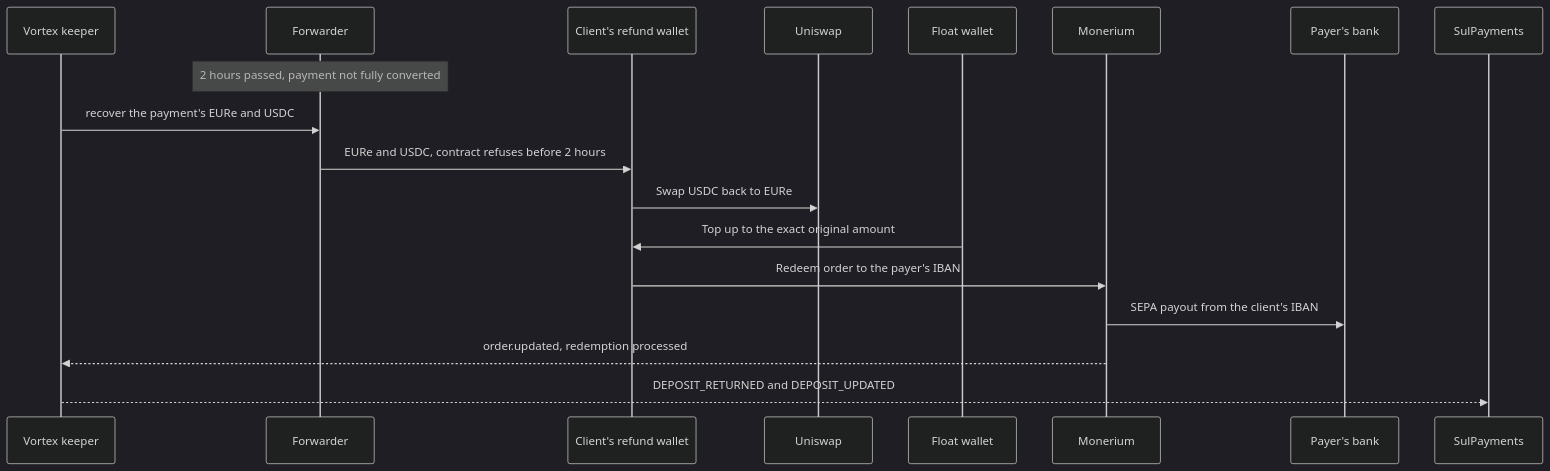
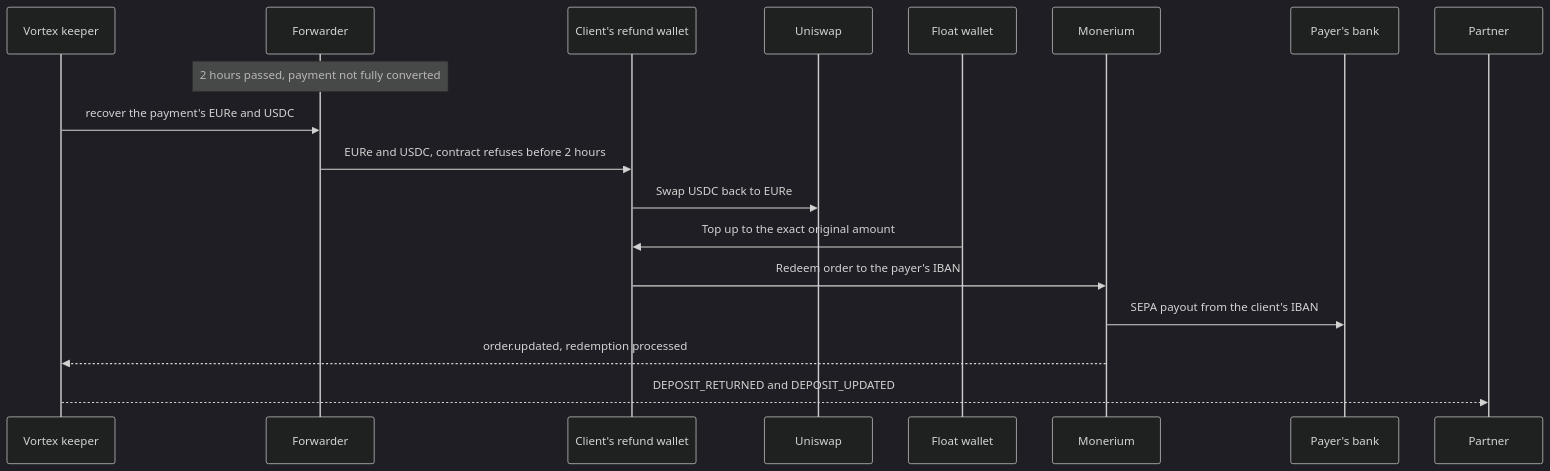
Before and after one commit to pendulum-chain/vortex: the fifth of 6 diagrams in docs/product-monerium-b2b-flow.md, drawn with Mermaid (dark theme). The commit also changed other lines of this file and 50 other files, not shown here.

````diff
--- a/docs/product-monerium-b2b-flow.md
+++ b/docs/product-monerium-b2b-flow.md
@@ -379,21 +384,21 @@
 ```mermaid
 sequenceDiagram
     participant V as Vortex keeper
     participant F as Forwarder
     participant R as Client's refund wallet
     participant U as Uniswap
     participant FL as Float wallet
     participant M as Monerium
     participant B as Payer's bank
-    participant SP as SulPayments
+    participant P as Partner
 
     Note over F: 2 hours passed, payment not fully converted
     V->>F: recover the payment's EURe and USDC
     F->>R: EURe and USDC, contract refuses before 2 hours
     R->>U: Swap USDC back to EURe
     FL->>R: Top up to the exact original amount
     R->>M: Redeem order to the payer's IBAN
     M->>B: SEPA payout from the client's IBAN
     M-->>V: order.updated, redemption processed
-    V-->>SP: DEPOSIT_RETURNED and DEPOSIT_UPDATED
+    V-->>P: DEPOSIT_RETURNED and DEPOSIT_UPDATED
 ```
````
